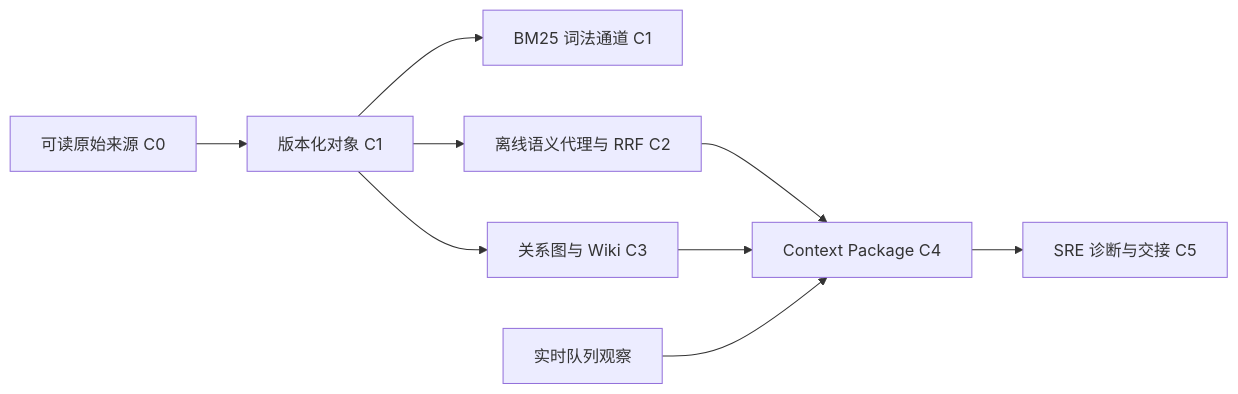
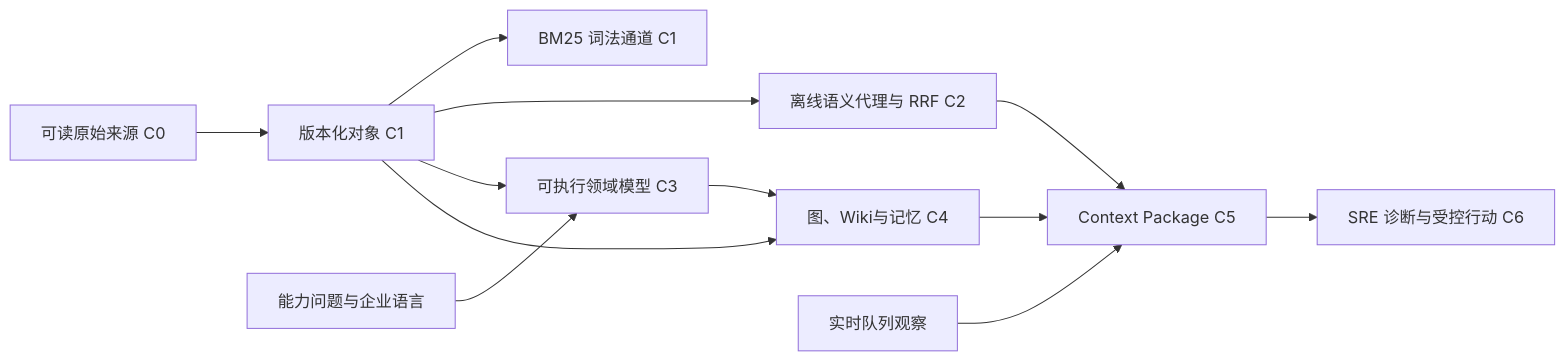
Before and after one commit to LENSHOOD/enterprise-context-book: the second of 2 diagrams in book/part-4/chapter-14.md, drawn with Mermaid. The commit also changed other lines of this file and 27 other files, not shown here.

````diff
--- a/book/part-4/chapter-14.md
+++ b/book/part-4/chapter-14.md
@@ -86,11 +87,14 @@
 ```mermaid
 flowchart LR
   R[可读原始来源 C0] --> B[版本化对象 C1]
   B --> L[BM25 词法通道 C1]
   B --> S[离线语义代理与 RRF C2]
-  B --> G[关系图与 Wiki C3]
-  S --> C[Context Package C4]
+  Q[能力问题与企业语言] --> M[可执行领域模型 C3]
+  B --> M
+  M --> G[图、Wiki与记忆 C4]
+  B --> G
+  S --> C[Context Package C5]
   G --> C
   O[实时队列观察] --> C
-  C --> H[SRE 诊断与交接 C5]
+  C --> H[SRE 诊断与受控行动 C6]
 ```
````
